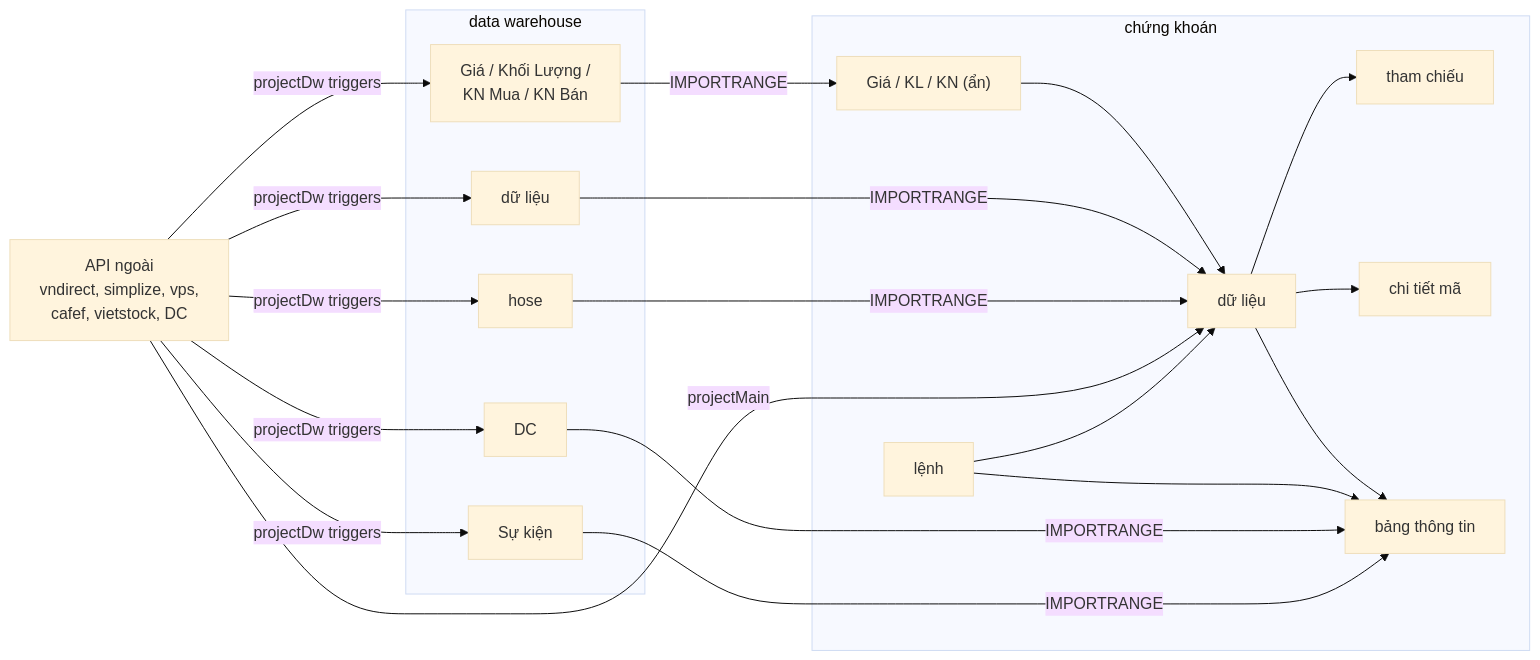
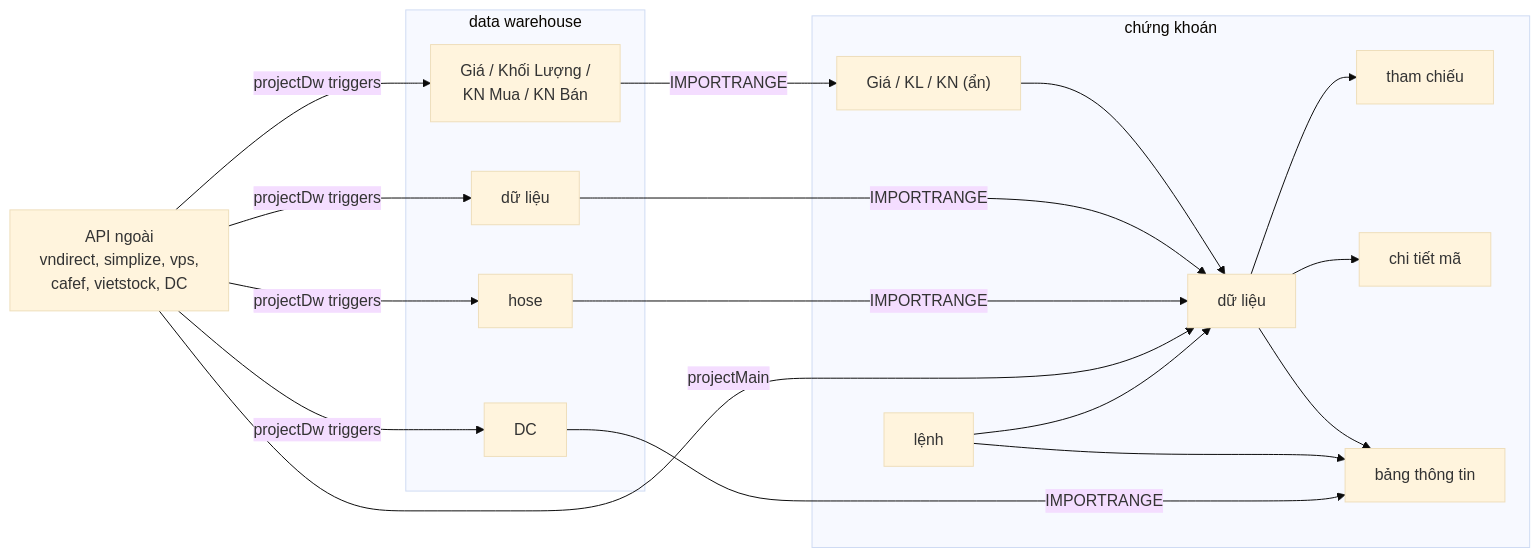
Before and after one commit to hontrang/google-sheet: the diagram in docs/google-sheets.md, drawn with Mermaid (base theme). The commit also changed other lines of this file and 17 other files, not shown here.

````diff
--- a/docs/google-sheets.md
+++ b/docs/google-sheets.md
@@ -47,27 +45,26 @@
 ```mermaid
 flowchart LR
     API["API ngoài<br/>vndirect, simplize, vps,<br/>cafef, vietstock, DC"]
     subgraph DW["data warehouse"]
         HOSE[hose]
         MTX["Giá / Khối Lượng /<br/>KN Mua / KN Bán"]
         DWDL[dữ liệu]
         DWDC[DC]
-        DWSK[Sự kiện]
     end
     subgraph CK["chứng khoán"]
         CKMTX["Giá / KL / KN (ẩn)"]
         CKDL[dữ liệu]
         TC[tham chiếu]
         CTM[chi tiết mã]
         BTT[bảng thông tin]
         LENH[lệnh]
     end
-    API -->|projectDw triggers| HOSE & MTX & DWDL & DWDC & DWSK
+    API -->|projectDw triggers| HOSE & MTX & DWDL & DWDC
     MTX -->|IMPORTRANGE| CKMTX --> CKDL
     DWDL -->|IMPORTRANGE| CKDL
     HOSE -->|IMPORTRANGE| CKDL
     API -->|projectMain| CKDL
     CKDL --> TC & CTM & BTT
     LENH --> CKDL & BTT
-    DWDC & DWSK -->|IMPORTRANGE| BTT
+    DWDC -->|IMPORTRANGE| BTT
 ```
````
